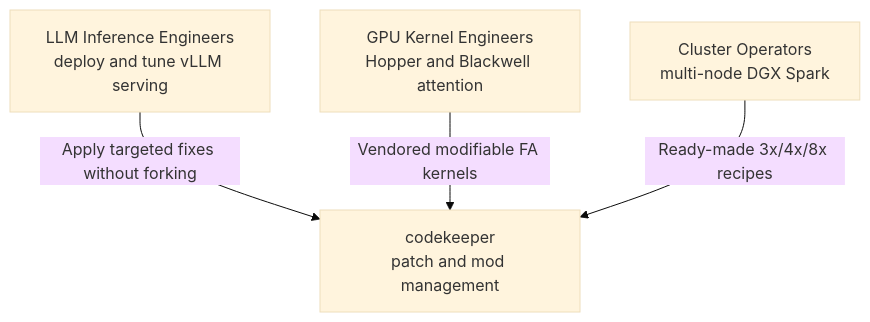
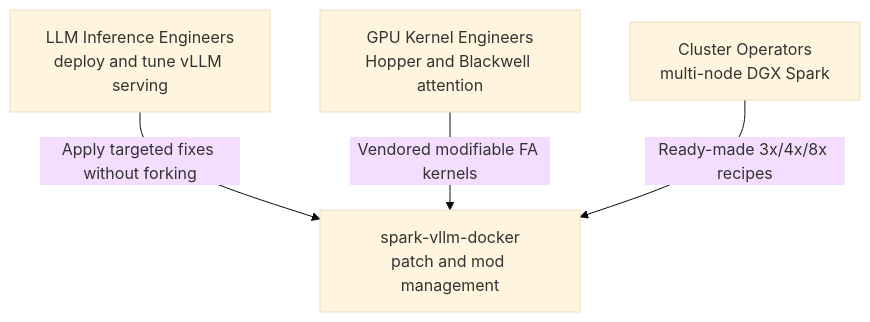
Before and after one commit to jpfulton-fultonengineeringservices/spark-vllm-docker: the first of 15 diagrams in deepwiki-rs-docs/2.Architecture.md, drawn with Mermaid (base theme). The commit also changed other lines of this file and 13 other files, not shown here.

First line of the commit message:
Refactor project references from `codekeeper` to `spark-vllm-docker`

````diff
--- a/deepwiki-rs-docs/2.Architecture.md
+++ b/deepwiki-rs-docs/2.Architecture.md
@@ -70,11 +70,11 @@
 ```mermaid
 graph TD
-    Codekeeper["codekeeper<br/>patch and mod management"]
+    spark-vllm-docker["spark-vllm-docker<br/>patch and mod management"]
     Eng["LLM Inference Engineers<br/>deploy and tune vLLM serving"]
     KernelEng["GPU Kernel Engineers<br/>Hopper and Blackwell attention"]
     Operator["Cluster Operators<br/>multi-node DGX Spark"]
 
-    Eng -->|"Apply targeted fixes without forking"| Codekeeper
-    KernelEng -->|"Vendored modifiable FA kernels"| Codekeeper
-    Operator -->|"Ready-made 3x/4x/8x recipes"| Codekeeper
+    Eng -->|"Apply targeted fixes without forking"| spark-vllm-docker
+    KernelEng -->|"Vendored modifiable FA kernels"| spark-vllm-docker
+    Operator -->|"Ready-made 3x/4x/8x recipes"| spark-vllm-docker
 ```
````
